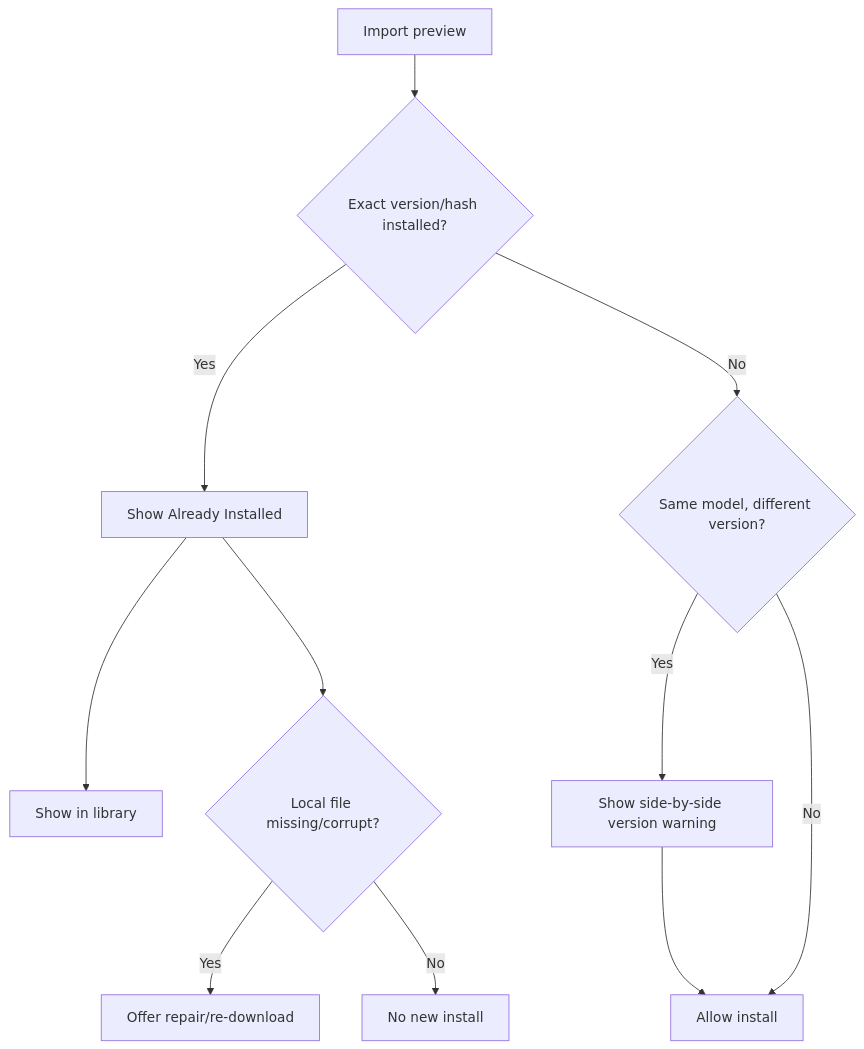
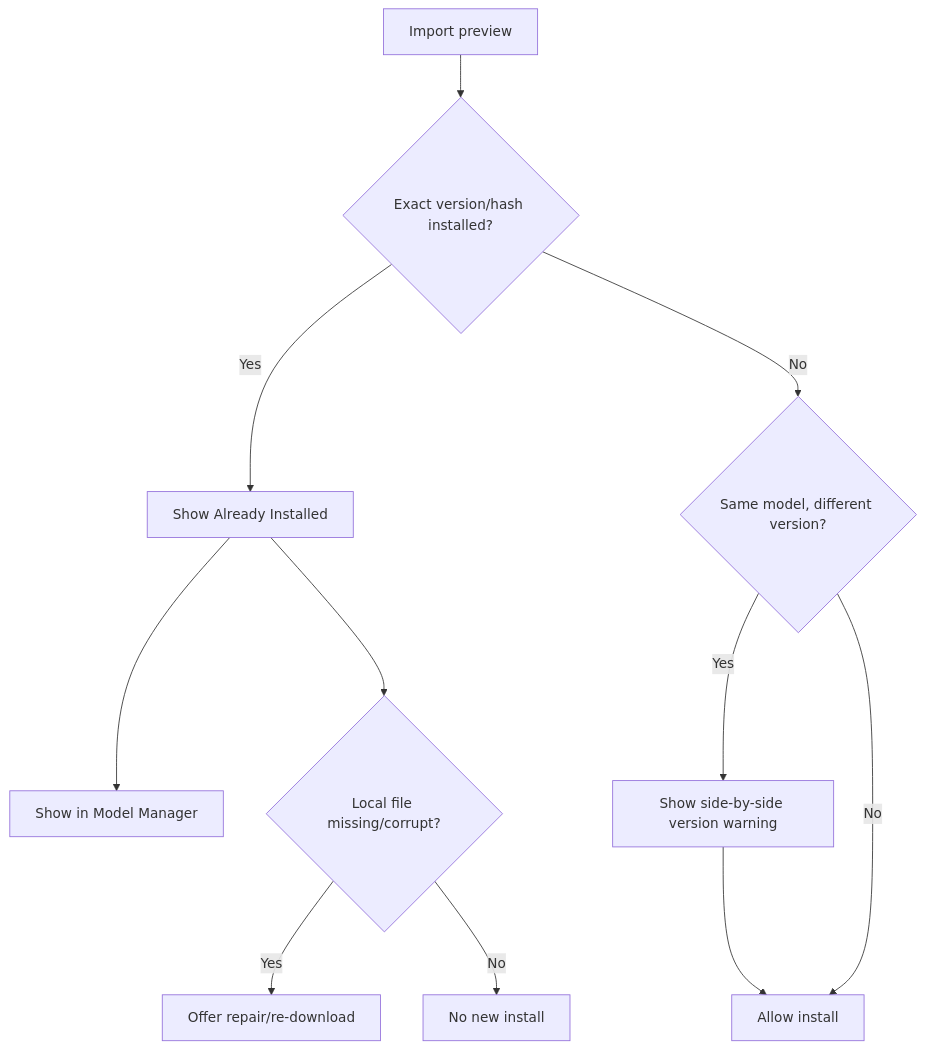
Before and after one commit to BMFreed/imagegen-studio: the fourth of 7 diagrams in docs/features/model-manager.md, drawn with Mermaid. The commit also changed other lines of this file and 5 other files, not shown here.

First line of the commit message:
Refine Model Manager docs and navigation

````diff
--- a/docs/features/model-manager.md
+++ b/docs/features/model-manager.md
@@ -489,13 +510,13 @@
 ```mermaid
 flowchart TD
   A["Import preview"] --> B{"Exact version/hash installed?"}
   B -- "Yes" --> C["Show Already Installed"]
-  C --> D["Show in library"]
+  C --> D["Show in Model Manager"]
   C --> E{"Local file missing/corrupt?"}
   E -- "Yes" --> F["Offer repair/re-download"]
   E -- "No" --> G["No new install"]
   B -- "No" --> H{"Same model, different version?"}
   H -- "Yes" --> I["Show side-by-side version warning"]
   I --> J["Allow install"]
   H -- "No" --> J
 ```
````
